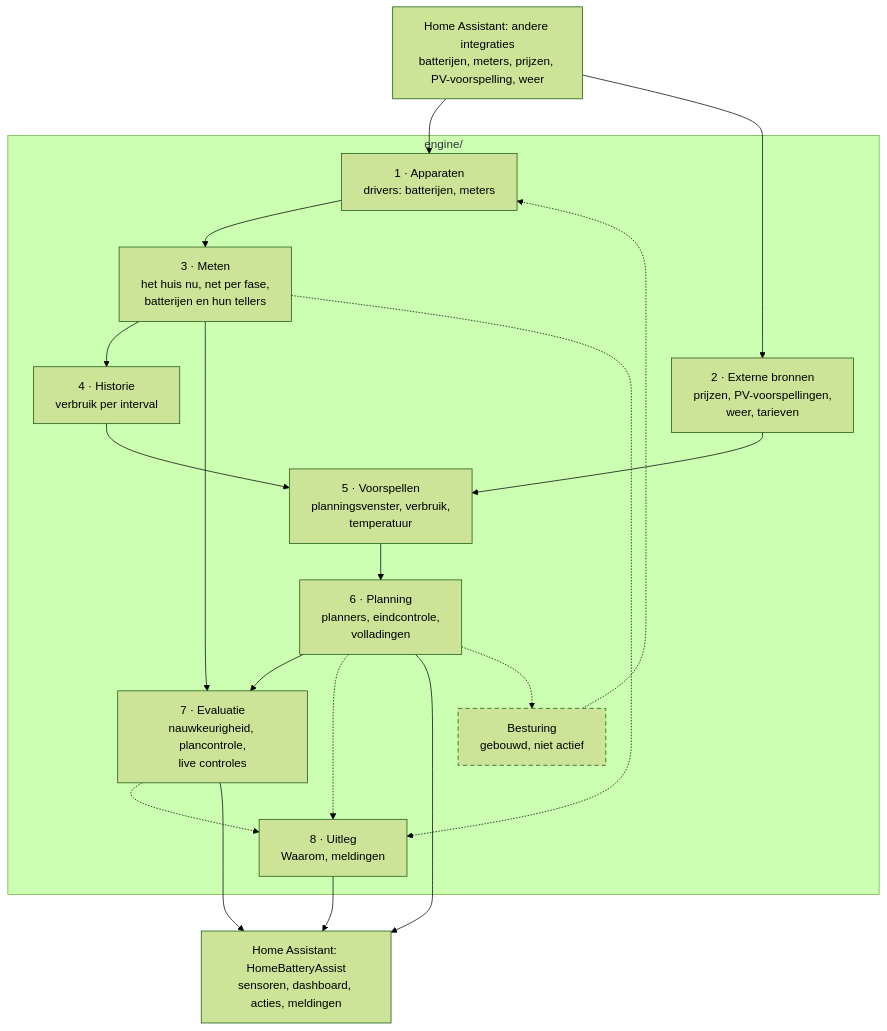
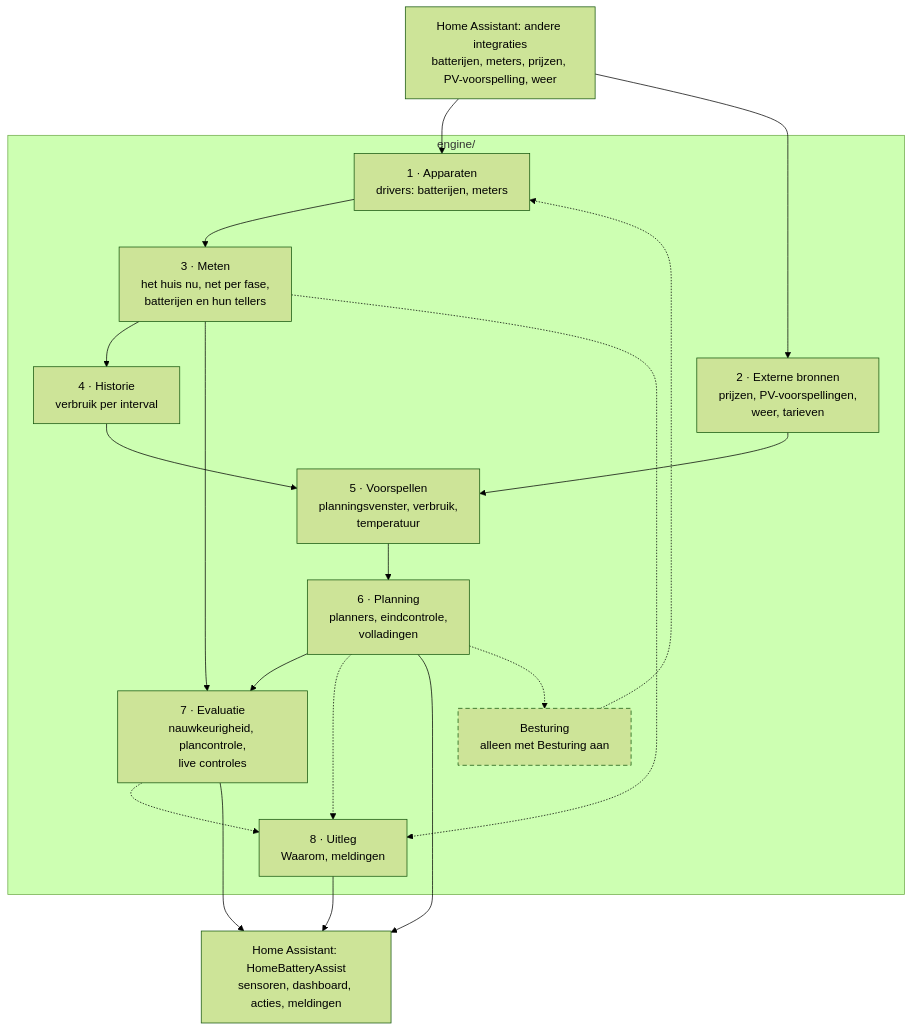
Before and after one commit to mvanrijnen/HomeBatteryAssist: the first of 4 diagrams in docs/architecture.nl.md, drawn with Mermaid (forest theme). The commit also changed other lines of this file and 35 other files, not shown here.

````diff
--- a/docs/architecture.nl.md
+++ b/docs/architecture.nl.md
@@ -23,35 +23,35 @@
 ```mermaid
 flowchart TB
   INT["Home Assistant: andere integraties<br/>batterijen, meters, prijzen, PV-voorspelling, weer"]
   subgraph ENGINE["engine/"]
     DEV["1 · Apparaten<br/>drivers: batterijen, meters"]
     SRC["2 · Externe bronnen<br/>prijzen, PV-voorspellingen,<br/>weer, tarieven"]
     MEA["3 · Meten<br/>het huis nu, net per fase,<br/>batterijen en hun tellers"]
     HIS["4 · Historie<br/>verbruik per interval"]
     FOR["5 · Voorspellen<br/>planningsvenster, verbruik,<br/>temperatuur"]
     PLA["6 · Planning<br/>planners, eindcontrole,<br/>volladingen"]
     EVA["7 · Evaluatie<br/>nauwkeurigheid, plancontrole,<br/>live controles"]
     EXP["8 · Uitleg<br/>Waarom, meldingen"]
-    CTL["Besturing<br/>gebouwd, niet actief"]
+    CTL["Besturing<br/>alleen met Besturing aan"]
   end
   OUT["Home Assistant: HomeBatteryAssist<br/>sensoren, dashboard, acties, meldingen"]
   INT --> DEV
   INT --> SRC
   DEV --> MEA
   MEA --> HIS
   HIS --> FOR
   SRC --> FOR
   FOR --> PLA
   PLA --> EVA
   MEA --> EVA
   MEA -.-> EXP
   PLA -.-> EXP
   EVA -.-> EXP
   PLA --> OUT
   EVA --> OUT
   EXP --> OUT
   PLA -.-> CTL
   CTL -.-> DEV
   classDef off stroke-dasharray: 6 4
   class CTL off
 ```
````
